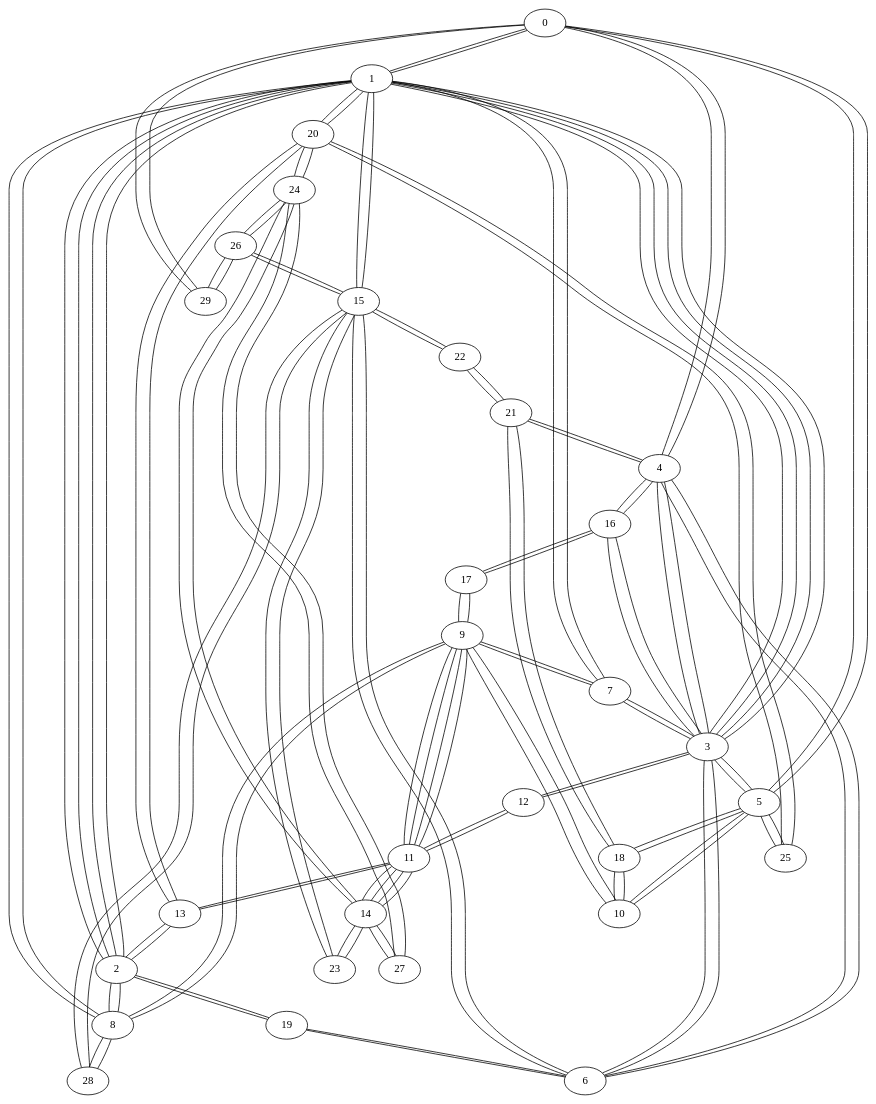
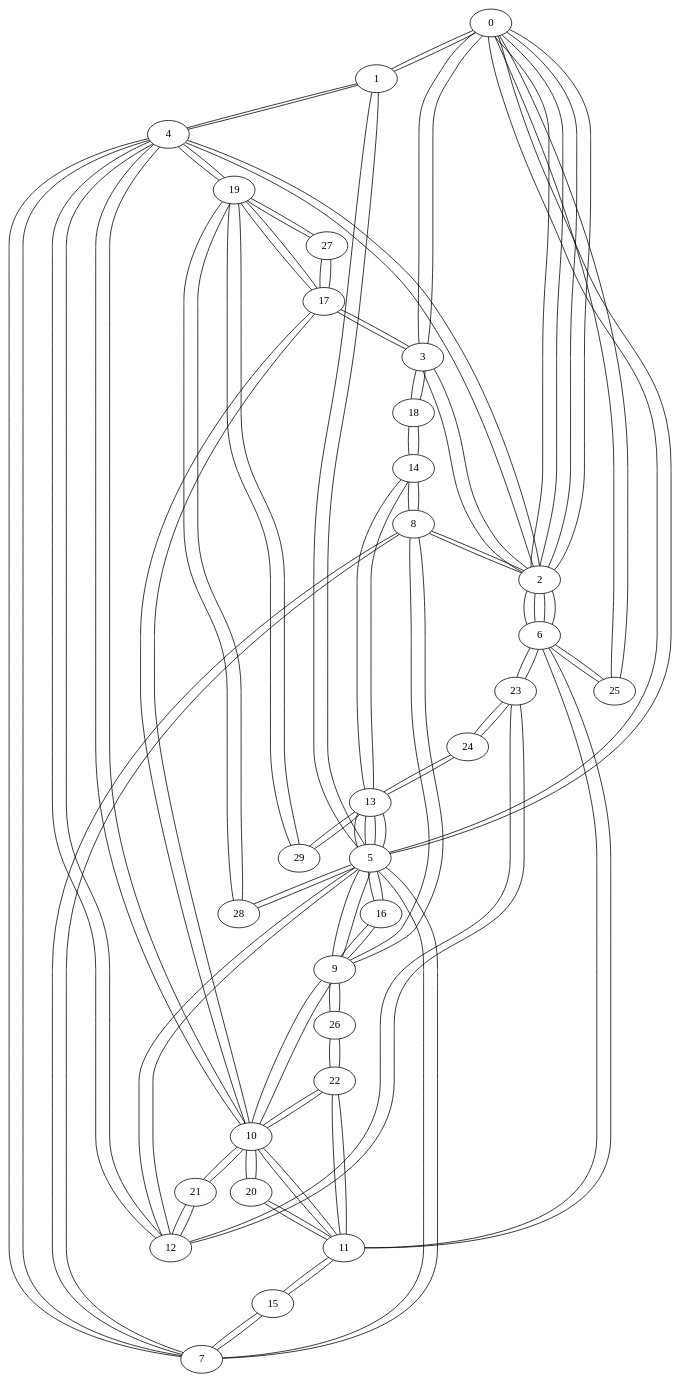
Before and after one commit to GusRojas/Grafos2DAA_A24: the diagram in grafo_barabasi30.gv, drawn with Graphviz. The commit also changed 41 other files, not shown here.

```diff
--- a/grafo_barabasi30.gv
+++ b/grafo_barabasi30.gv
@@ -1,116 +1,116 @@
 graph {
   0 -- 1;
-  0 -- 4;
+  0 -- 2;
+  0 -- 2;
+  0 -- 3;
   0 -- 5;
-  0 -- 29;
+  0 -- 25;
   1 -- 0;
-  1 -- 2;
-  1 -- 2;
-  1 -- 3;
-  1 -- 3;
-  1 -- 7;
-  1 -- 8;
-  1 -- 15;
-  1 -- 20;
-  2 -- 1;
-  2 -- 1;
+  1 -- 4;
+  1 -- 5;
+  2 -- 0;
+  2 -- 0;
+  2 -- 3;
+  2 -- 4;
+  2 -- 6;
+  2 -- 6;
   2 -- 8;
-  2 -- 13;
-  2 -- 19;
-  3 -- 1;
-  3 -- 1;
-  3 -- 4;
-  3 -- 5;
-  3 -- 6;
-  3 -- 7;
-  3 -- 12;
-  3 -- 16;
-  4 -- 3;
-  4 -- 0;
-  4 -- 6;
-  4 -- 16;
-  4 -- 21;
+  3 -- 0;
+  3 -- 2;
+  3 -- 17;
+  3 -- 18;
+  4 -- 1;
+  4 -- 2;
+  4 -- 7;
+  4 -- 10;
+  4 -- 12;
+  4 -- 19;
+  5 -- 1;
   5 -- 0;
-  5 -- 3;
-  5 -- 10;
-  5 -- 18;
-  5 -- 25;
-  6 -- 4;
-  6 -- 3;
-  6 -- 15;
-  6 -- 19;
-  7 -- 1;
-  7 -- 3;
-  7 -- 9;
-  8 -- 1;
+  5 -- 7;
+  5 -- 9;
+  5 -- 12;
+  5 -- 13;
+  5 -- 13;
+  5 -- 16;
+  5 -- 28;
+  6 -- 2;
+  6 -- 2;
+  6 -- 11;
+  6 -- 23;
+  6 -- 25;
+  7 -- 5;
+  7 -- 4;
+  7 -- 8;
+  7 -- 15;
+  8 -- 7;
   8 -- 2;
   8 -- 9;
-  8 -- 28;
+  8 -- 14;
   9 -- 8;
-  9 -- 7;
+  9 -- 5;
   9 -- 10;
-  9 -- 11;
-  9 -- 11;
-  9 -- 17;
+  9 -- 16;
+  9 -- 26;
   10 -- 9;
-  10 -- 5;
-  10 -- 18;
-  11 -- 9;
-  11 -- 9;
-  11 -- 12;
-  11 -- 13;
-  11 -- 14;
-  11 -- 14;
-  12 -- 11;
-  12 -- 3;
-  13 -- 2;
-  13 -- 11;
-  13 -- 20;
-  14 -- 11;
-  14 -- 11;
-  14 -- 23;
-  14 -- 24;
-  14 -- 27;
-  15 -- 1;
-  15 -- 6;
-  15 -- 22;
-  15 -- 23;
-  15 -- 26;
-  15 -- 28;
-  16 -- 4;
-  16 -- 3;
-  16 -- 17;
-  17 -- 16;
-  17 -- 9;
-  18 -- 5;
-  18 -- 10;
-  18 -- 21;
-  19 -- 2;
-  19 -- 6;
-  20 -- 13;
-  20 -- 1;
-  20 -- 24;
-  20 -- 25;
-  21 -- 18;
-  21 -- 4;
-  21 -- 22;
-  22 -- 21;
-  22 -- 15;
-  23 -- 14;
-  23 -- 15;
-  24 -- 20;
-  24 -- 14;
-  24 -- 26;
-  24 -- 27;
-  25 -- 20;
-  25 -- 5;
-  26 -- 15;
-  26 -- 24;
-  26 -- 29;
-  27 -- 14;
-  27 -- 24;
-  28 -- 15;
-  28 -- 8;
-  29 -- 0;
-  29 -- 26;
+  10 -- 4;
+  10 -- 11;
+  10 -- 17;
+  10 -- 20;
+  10 -- 21;
+  10 -- 22;
+  11 -- 10;
+  11 -- 6;
+  11 -- 15;
+  11 -- 20;
+  11 -- 22;
+  12 -- 4;
+  12 -- 5;
+  12 -- 21;
+  12 -- 23;
+  13 -- 5;
+  13 -- 5;
+  13 -- 14;
+  13 -- 24;
+  13 -- 29;
+  14 -- 8;
+  14 -- 13;
+  14 -- 18;
+  15 -- 7;
+  15 -- 11;
+  16 -- 9;
+  16 -- 5;
+  17 -- 3;
+  17 -- 10;
+  17 -- 19;
+  17 -- 27;
+  18 -- 14;
+  18 -- 3;
+  19 -- 17;
+  19 -- 4;
+  19 -- 27;
+  19 -- 28;
+  19 -- 29;
+  20 -- 10;
+  20 -- 11;
+  21 -- 12;
+  21 -- 10;
+  22 -- 11;
+  22 -- 10;
+  22 -- 26;
+  23 -- 6;
+  23 -- 12;
+  23 -- 24;
+  24 -- 13;
+  24 -- 23;
+  25 -- 6;
+  25 -- 0;
+  26 -- 9;
+  26 -- 22;
+  27 -- 17;
+  27 -- 19;
+  28 -- 19;
+  28 -- 5;
+  29 -- 19;
+  29 -- 13;
 }
```
